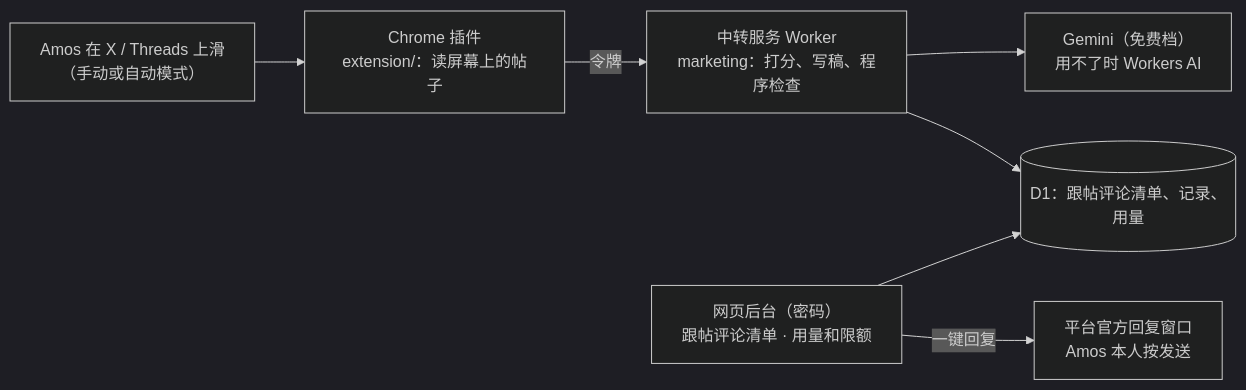
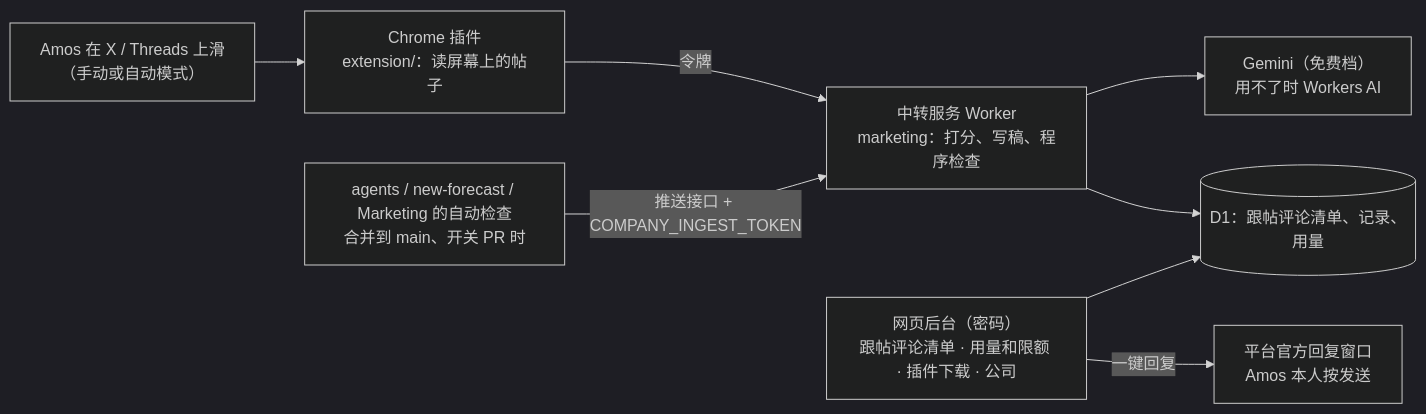
The diagram in 项目地图.md (dollar3651314/Marketing), drawn with Mermaid (dark theme) before and after one commit. The commit also changed other lines of this file and 13 other files, not shown here.

````diff
--- a/项目地图.md
+++ b/项目地图.md
@@ -10,9 +10,10 @@
 ```mermaid
 flowchart LR
     A["Amos 在 X / Threads 上滑<br/>（手动或自动模式）"] --> P["Chrome 插件<br/>extension/：读屏幕上的帖子"]
     P -->|"令牌"| R["中转服务 Worker<br/>marketing：打分、写稿、程序检查"]
     R --> G["Gemini（免费档）<br/>用不了时 Workers AI"]
     R --> D[("D1：跟帖评论清单、记录、用量")]
-    B["网页后台（密码）<br/>跟帖评论清单 · 用量和限额"] --> D
+    B["网页后台（密码）<br/>跟帖评论清单 · 用量和限额 · 插件下载 · 公司"] --> D
     B -->|"一键回复"| O["平台官方回复窗口<br/>Amos 本人按发送"]
+    C["agents / new-forecast / Marketing 的自动检查<br/>合并到 main、开关 PR 时"] -->|"推送接口 + COMPANY_INGEST_TOKEN"| R
 ```
````
